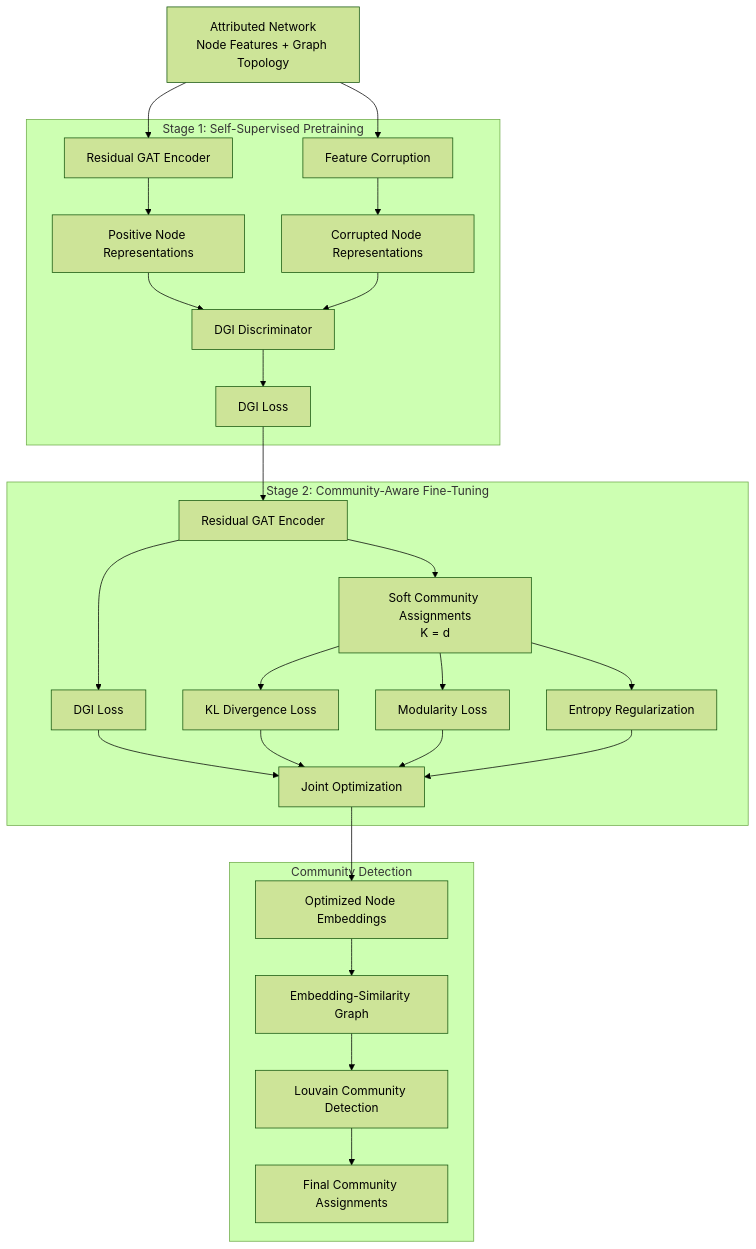
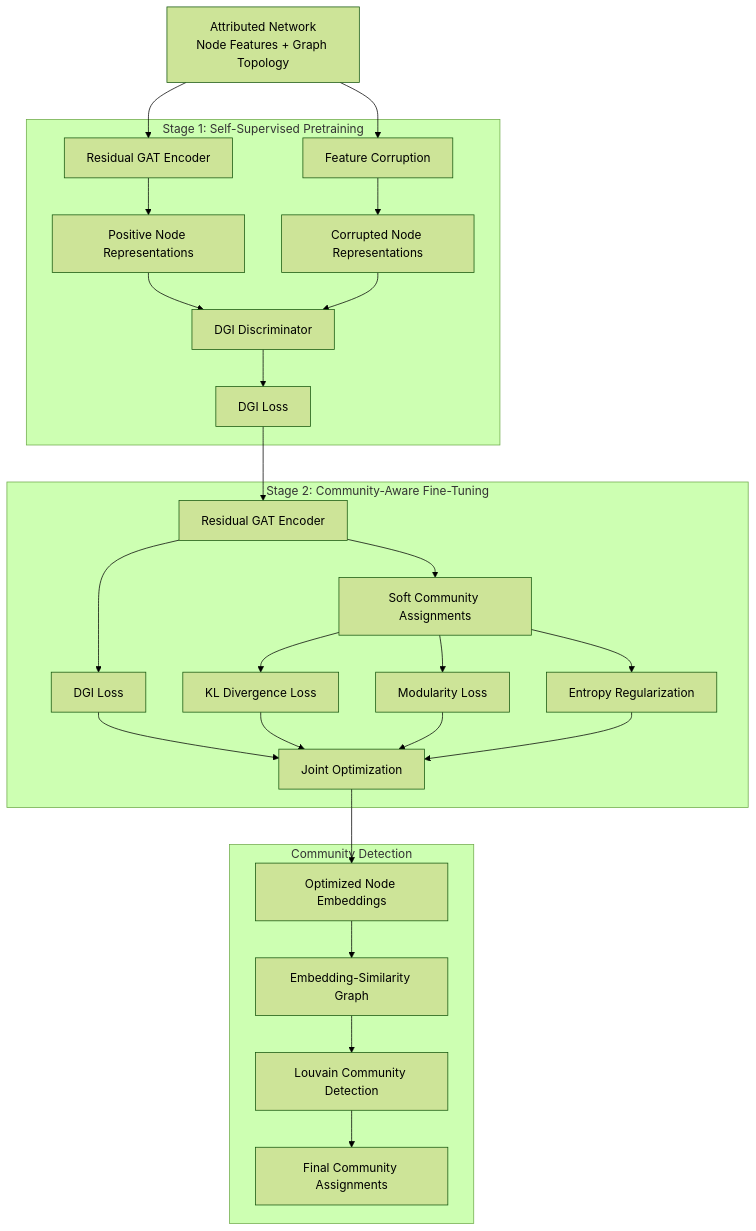
The diagram in README.md (ParmidaGh/RAGE-CD), drawn with Mermaid (forest theme) before and after one commit. The commit also changed other lines of this file, not shown here.

````diff
--- a/README.md
+++ b/README.md
@@ -158,57 +158,57 @@
 ```mermaid
 flowchart TD
 
     A[Attributed Network<br/>Node Features + Graph Topology]
 
     subgraph Stage1["Stage 1: Self-Supervised Pretraining"]
         B[Residual GAT Encoder]
         C[Positive Node Representations]
         D[Feature Corruption]
         E[Corrupted Node Representations]
         F[DGI Discriminator]
         G[DGI Loss]
     end
 
     subgraph Stage2["Stage 2: Community-Aware Fine-Tuning"]
         H[Residual GAT Encoder]
-        I[Soft Community Assignments<br/>K = d]
+        I[Soft Community Assignments]
         J[DGI Loss]
         K[KL Divergence Loss]
         L[Modularity Loss]
         M[Entropy Regularization]
         N[Joint Optimization]
     end
 
     subgraph Stage3["Community Detection"]
         O[Optimized Node Embeddings]
         P[Embedding-Similarity Graph]
         Q[Louvain Community Detection]
         R[Final Community Assignments]
     end
 
     A --> B
     B --> C
     A --> D
     D --> E
     C --> F
     E --> F
     F --> G
 
     G --> H
     H --> I
 
     H --> J
     I --> K
     I --> L
     I --> M
 
     J --> N
     K --> N
     L --> N
     M --> N
 
     N --> O
     O --> P
     P --> Q
     Q --> R
 ```
````
